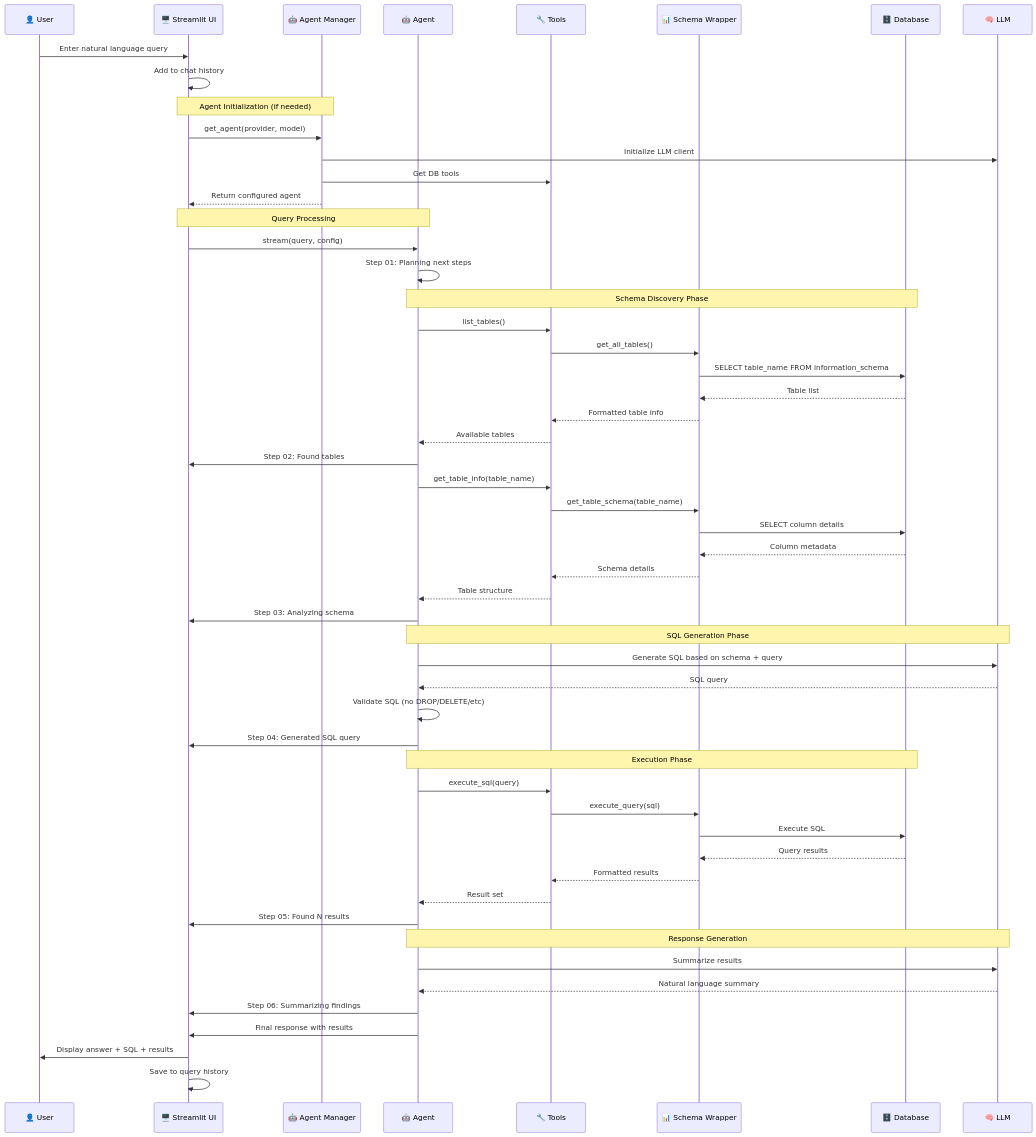
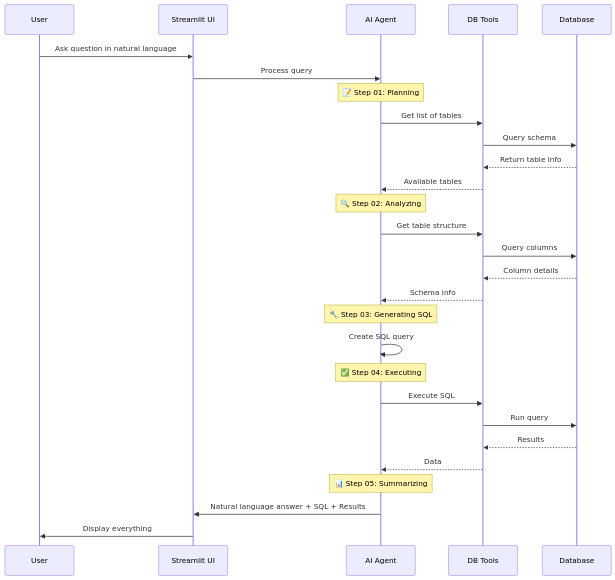
One commit to sourabh17aitr/NL_DB_Q changed the second of 4 diagrams in DATA_FLOW_DIAGRAM.md. Above: the diagram before and after it, drawn with Mermaid. The commit also changed other lines of this file and 10 other files, not shown here.

````diff
--- a/DATA_FLOW_DIAGRAM.md
+++ b/DATA_FLOW_DIAGRAM.md
@@ -32,65 +29,36 @@
 ```mermaid
 sequenceDiagram
-    participant U as 👤 User
-    participant UI as 🖥️ Streamlit UI
-    participant AM as 🤖 Agent Manager
-    participant A as 🤖 Agent
-    participant T as 🔧 Tools
-    participant S as 📊 Schema Wrapper
-    participant DB as 🗄️ Database
-    participant LLM as 🧠 LLM
+    participant User
+    participant UI as Streamlit UI
+    participant Agent as AI Agent
+    participant Tools as DB Tools
+    participant DB as Database
     
-    U->>UI: Enter natural language query
-    UI->>UI: Add to chat history
+    User->>UI: Ask question in natural language
+    UI->>Agent: Process query
     
-    Note over UI,AM: Agent Initialization (if needed)
-    UI->>AM: get_agent(provider, model)
-    AM->>LLM: Initialize LLM client
-    AM->>T: Get DB tools
-    AM-->>UI: Return configured agent
+    Note over Agent: 📝 Step 01: Planning
+    Agent->>Tools: Get list of tables
+    Tools->>DB: Query schema
+    DB-->>Tools: Return table info
+    Tools-->>Agent: Available tables
     
-    Note over UI,A: Query Processing
-    UI->>A: stream(query, config)
-    A->>A: Step 01: Planning next steps
+    Note over Agent: 🔍 Step 02: Analyzing
+    Agent->>Tools: Get table structure
+    Tools->>DB: Query columns
+    DB-->>Tools: Column details
+    Tools-->>Agent: Schema info
     
-    Note over A,DB: Schema Discovery Phase
-    A->>T: list_tables()
-    T->>S: get_all_tables()
-    S->>DB: SELECT table_name FROM information_schema
-    DB-->>S: Table list
-    S-->>T: Formatted table info
-    T-->>A: Available tables
-    A->>UI: Step 02: Found tables
+    Note over Agent: 🔧 Step 03: Generating SQL
+    Agent->>Agent: Create SQL query
     
-    A->>T: get_table_info(table_name)
-    T->>S: get_table_schema(table_name)
-    S->>DB: SELECT column details
-    DB-->>S: Column metadata
-    S-->>T: Schema details
-    T-->>A: Table structure
-    A->>UI: Step 03: Analyzing schema
+    Note over Agent: ✅ Step 04: Executing
+    Agent->>Tools: Execute SQL
+    Tools->>DB: Run query
+    DB-->>Tools: Results
+    Tools-->>Agent: Data
     
-    Note over A,LLM: SQL Generation Phase
-    A->>LLM: Generate SQL based on schema + query
-    LLM-->>A: SQL query
-    A->>A: Validate SQL (no DROP/DELETE/etc)
-    A->>UI: Step 04: Generated SQL query
-    
-    Note over A,DB: Execution Phase
-    A->>T: execute_sql(query)
-    T->>S: execute_query(sql)
-    S->>DB: Execute SQL
-    DB-->>S: Query results
-    S-->>T: Formatted results
-    T-->>A: Result set
-    A->>UI: Step 05: Found N results
-    
-    Note over A,LLM: Response Generation
-    A->>LLM: Summarize results
-    LLM-->>A: Natural language summary
-    A->>UI: Step 06: Summarizing findings
-    
-    A->>UI: Final response with results
-    UI->>U: Display answer + SQL + results
-    UI->>UI: Save to query history
+    Note over Agent: 📊 Step 05: Summarizing
+    Agent->>UI: Natural language answer + SQL + Results
+    UI->>User: Display everything
 ```
````
